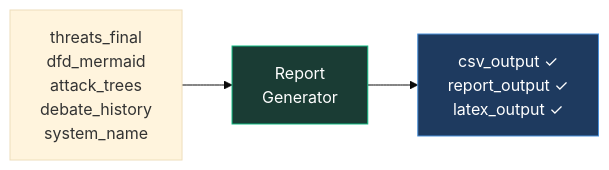
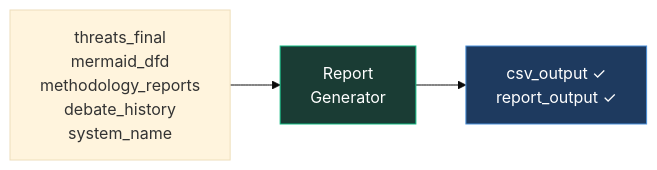
One commit to philocyber/agent-threat-modeler changed the eighth of 10 diagrams in docs/10_flujo_de_datos.md. Above: the diagram before and after it, drawn with Mermaid (base theme). The commit also changed other lines of this file and 56 other files, not shown here.

````diff
--- a/docs/10_flujo_de_datos.md
+++ b/docs/10_flujo_de_datos.md
@@ -199,8 +201,8 @@
 ```mermaid
 flowchart LR
-    FINAL["threats_final<br/>dfd_mermaid<br/>attack_trees<br/>debate_history<br/>system_name"] --> REP["Report<br/>Generator"]
-    REP --> OUT["csv_output ✓<br/>report_output ✓<br/>latex_output ✓"]
+    FINAL["threats_final<br/>mermaid_dfd<br/>methodology_reports<br/>debate_history<br/>system_name"] --> REP["Report<br/>Generator"]
+    REP --> OUT["csv_output ✓<br/>report_output ✓"]
 
     style REP fill:#1a3c34,stroke:#10b981,color:#fff
     style OUT fill:#1e3a5f,stroke:#4a90d9,color:#fff
 ```
````
